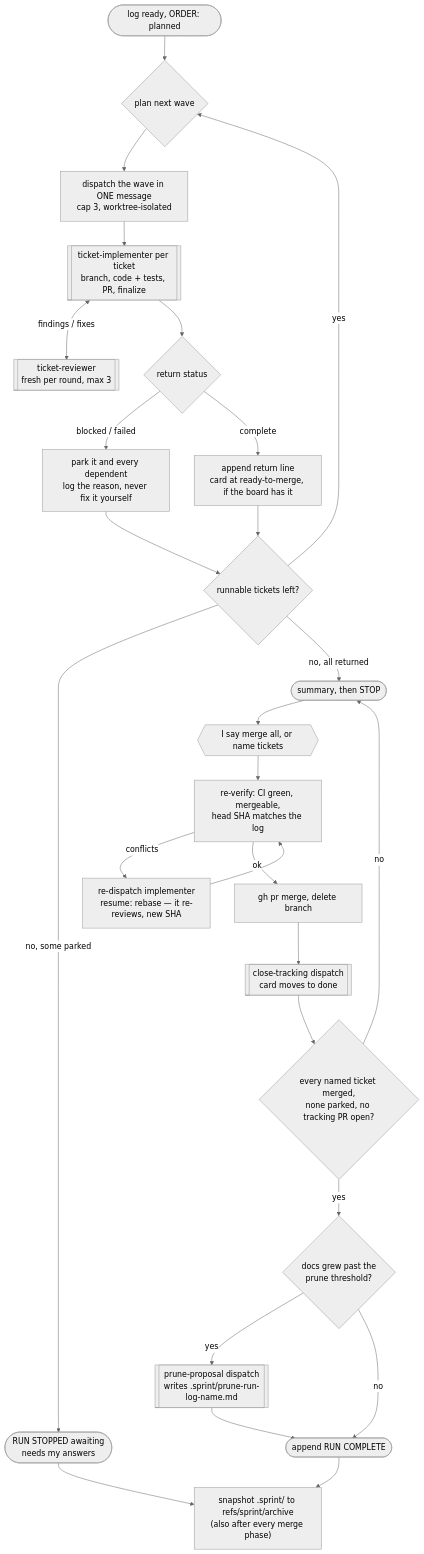
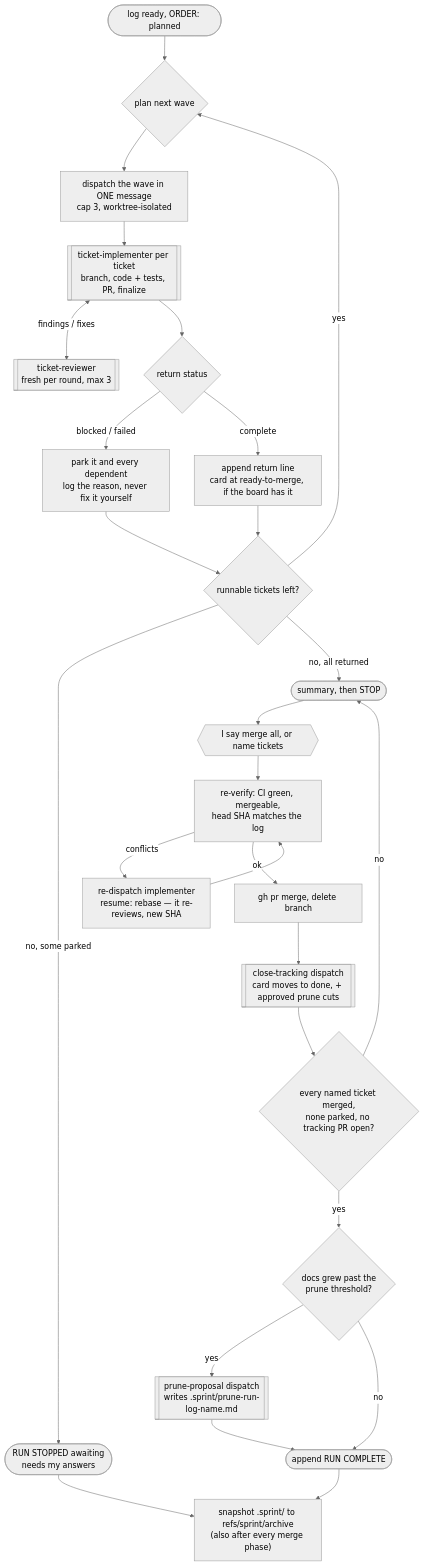
One commit to kyimoemin/skills changed the second of 2 diagrams in sprint/SKILL.md. Above: the diagram before and after it, drawn with Mermaid (neutral theme). The commit also changed other lines of this file, not shown here.

Commit message:
sprint: approved prune cuts ride along in the next close-tracking dispatch

````diff
--- a/sprint/SKILL.md
+++ b/sprint/SKILL.md
@@ -237,42 +237,42 @@
 ```mermaid
 flowchart TB
     start(["log ready, ORDER: planned"]) --> wave{plan next wave}
     wave --> disp["dispatch the wave in ONE message
 cap 3, worktree-isolated"]
     disp --> impl[["ticket-implementer per ticket
 branch, code + tests, PR, finalize"]]
     impl <-- "findings / fixes" --> rev[["ticket-reviewer
 fresh per round, max 3"]]
     impl --> ret{return status}
     ret -- "blocked / failed" --> park["park it and every dependent
 log the reason, never fix it yourself"]
     ret -- "complete" --> rec["append return line
 card at ready-to-merge, if the board has it"]
     park --> left{runnable tickets left?}
     rec --> left
     left -- "yes" --> wave
     left -- "no, some parked" --> stopped(["RUN STOPPED awaiting
 needs my answers"])
     left -- "no, all returned" --> stop([summary, then STOP])
     stop --> word{{"I say merge all, or name tickets"}}
     word --> verify["re-verify: CI green, mergeable,
 head SHA matches the log"]
     verify -- "conflicts" --> redisp["re-dispatch implementer
 resume: rebase — it re-reviews, new SHA"]
     redisp --> verify
     verify -- "ok" --> merged["gh pr merge, delete branch"]
     merged --> close[["close-tracking dispatch
-card moves to done"]]
+card moves to done, + approved prune cuts"]]
     close --> all{"every named ticket merged,
 none parked, no tracking PR open?"}
     all -- "no" --> stop
     all -- "yes" --> prune{"docs grew past the
 prune threshold?"}
     prune -- "yes" --> prunedisp[["prune-proposal dispatch
 writes .sprint/prune-run-log-name.md"]]
     prune -- "no" --> complete([append RUN COMPLETE])
     prunedisp --> complete
     stopped --> arch["snapshot .sprint/ to refs/sprint/archive
 (also after every merge phase)"]
     complete --> arch
 ```
````
